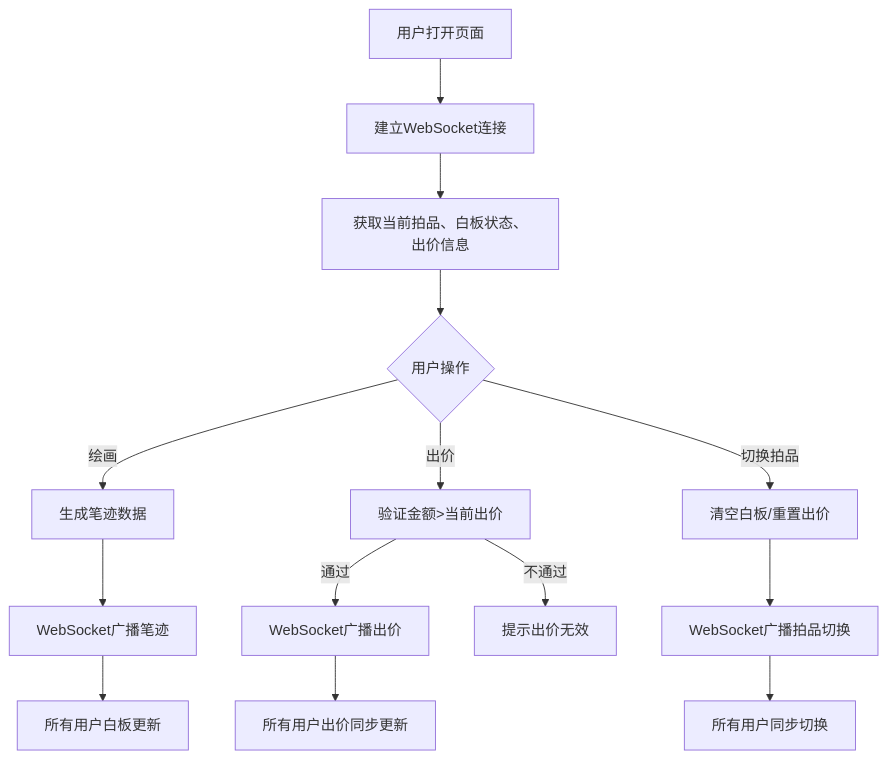
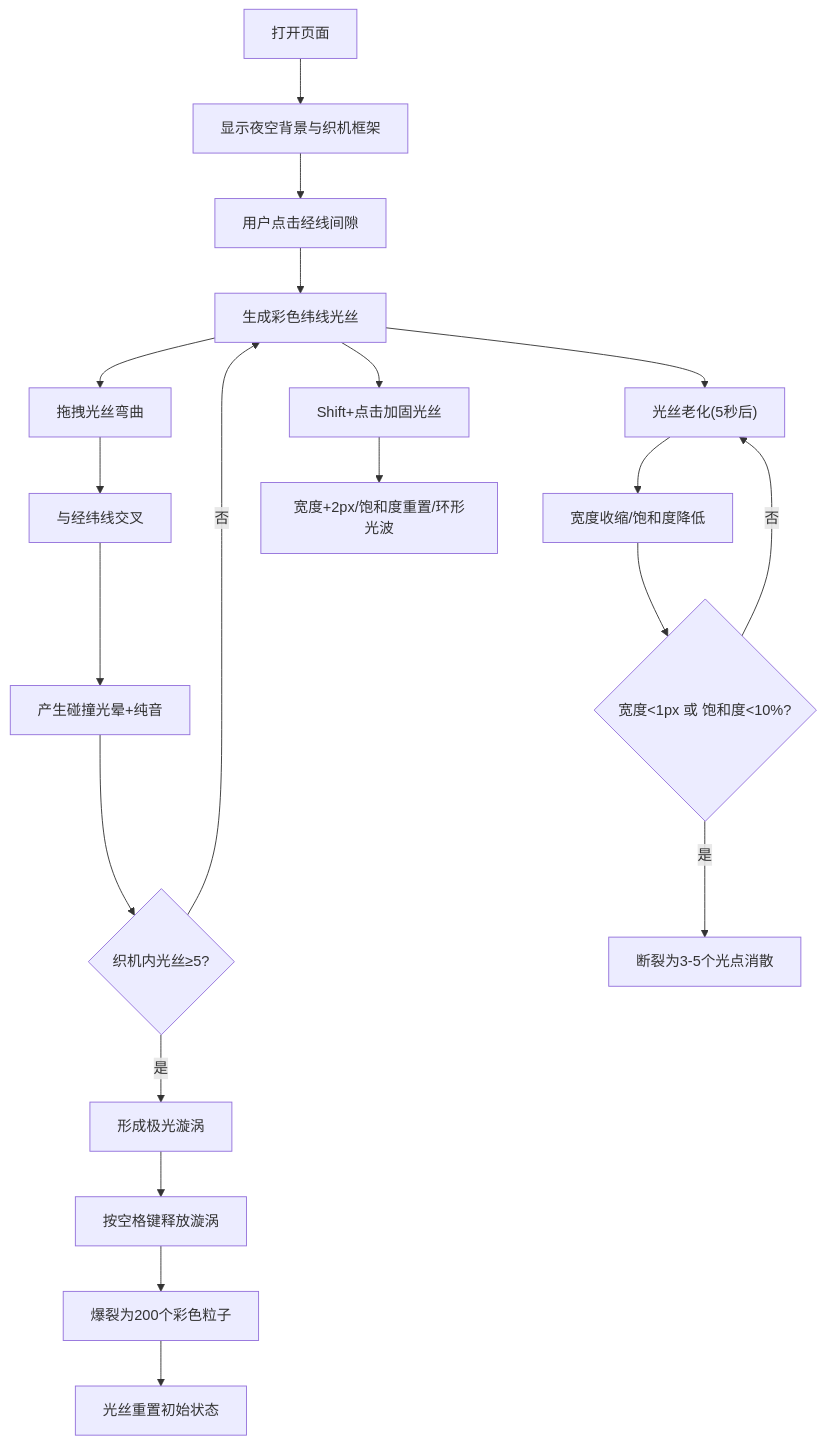
Before and after one commit to SChen0447/solo: the diagram in cp1_6.9_auto84/.trae/documents/prd.md, drawn with Mermaid. The commit also changed other lines of this file and 5 other files, not shown here.

````diff
--- a/cp1_6.9_auto84/.trae/documents/prd.md
+++ b/cp1_6.9_auto84/.trae/documents/prd.md
@@ -28,16 +37,22 @@
 ```mermaid
 flowchart TD
-    A["用户打开页面"] --> B["建立WebSocket连接"]
-    B --> C["获取当前拍品、白板状态、出价信息"]
-    C --> D{"用户操作"}
-    D -->|绘画| E["生成笔迹数据"]
-    E --> F["WebSocket广播笔迹"]
-    F --> G["所有用户白板更新"]
-    D -->|出价| H["验证金额>当前出价"]
-    H -->|通过| I["WebSocket广播出价"]
-    I --> J["所有用户出价同步更新"]
-    H -->|不通过| K["提示出价无效"]
-    D -->|切换拍品| L["清空白板/重置出价"]
-    L --> M["WebSocket广播拍品切换"]
-    M --> N["所有用户同步切换"]
+    A["打开页面"] --> B["显示夜空背景与织机框架"]
+    B --> C["用户点击经线间隙"]
+    C --> D["生成彩色纬线光丝"]
+    D --> E["拖拽光丝弯曲"]
+    E --> F["与经纬线交叉"]
+    F --> G["产生碰撞光晕+纯音"]
+    G --> H{"织机内光丝≥5?"}
+    H -->|是| I["形成极光漩涡"]
+    H -->|否| D
+    I --> J["按空格键释放漩涡"]
+    J --> K["爆裂为200个彩色粒子"]
+    K --> L["光丝重置初始状态"]
+    D --> M["光丝老化(5秒后)"]
+    M --> N["宽度收缩/饱和度降低"]
+    N --> O{"宽度<1px 或 饱和度<10%?"}
+    O -->|是| P["断裂为3-5个光点消散"]
+    O -->|否| M
+    D --> Q["Shift+点击加固光丝"]
+    Q --> R["宽度+2px/饱和度重置/环形光波"]
 ```
````
